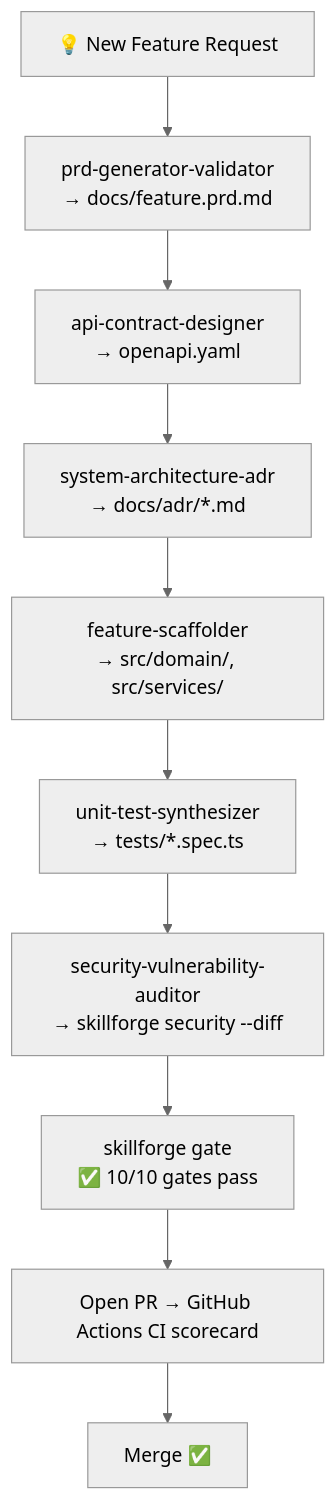
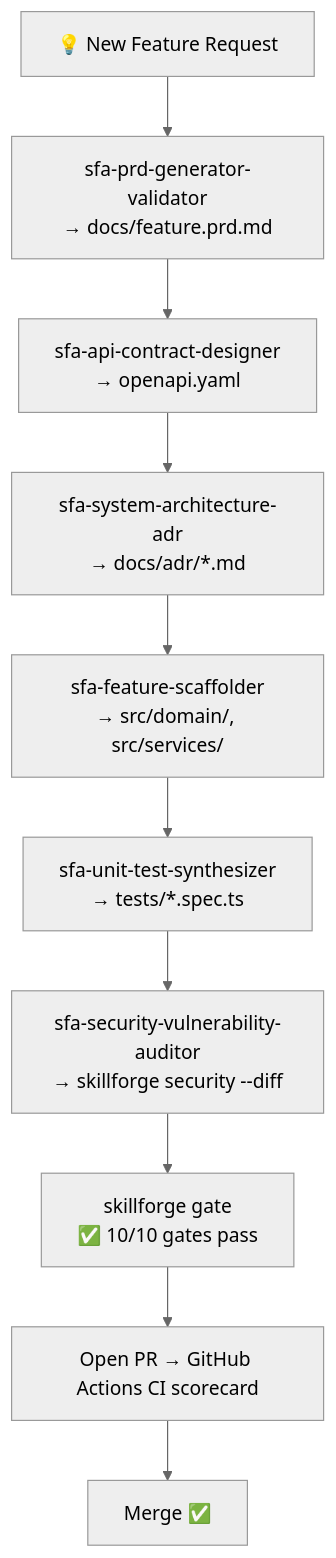
One commit to OpenYantra/SkillForgeAI changed the fourth of 4 diagrams in GETTING-STARTED.md. Above: the diagram before and after it, drawn with Mermaid (neutral theme). The commit also changed other lines of this file and 54 other files, not shown here.

````diff
--- a/GETTING-STARTED.md
+++ b/GETTING-STARTED.md
@@ -596,12 +596,12 @@
 ```mermaid
 flowchart TD
-    A["💡 New Feature Request"] --> B["prd-generator-validator\n→ docs/feature.prd.md"]
-    B --> C["api-contract-designer\n→ openapi.yaml"]
-    C --> D["system-architecture-adr\n→ docs/adr/*.md"]
-    D --> E["feature-scaffolder\n→ src/domain/, src/services/"]
-    E --> F["unit-test-synthesizer\n→ tests/*.spec.ts"]
-    F --> SEC["security-vulnerability-auditor\n→ skillforge security --diff"]
+    A["💡 New Feature Request"] --> B["sfa-prd-generator-validator\n→ docs/feature.prd.md"]
+    B --> C["sfa-api-contract-designer\n→ openapi.yaml"]
+    C --> D["sfa-system-architecture-adr\n→ docs/adr/*.md"]
+    D --> E["sfa-feature-scaffolder\n→ src/domain/, src/services/"]
+    E --> F["sfa-unit-test-synthesizer\n→ tests/*.spec.ts"]
+    F --> SEC["sfa-security-vulnerability-auditor\n→ skillforge security --diff"]
     SEC --> G["skillforge gate\n✅ 10/10 gates pass"]
     G --> H["Open PR → GitHub Actions CI scorecard"]
     H --> I["Merge ✅"]
 ```
````
